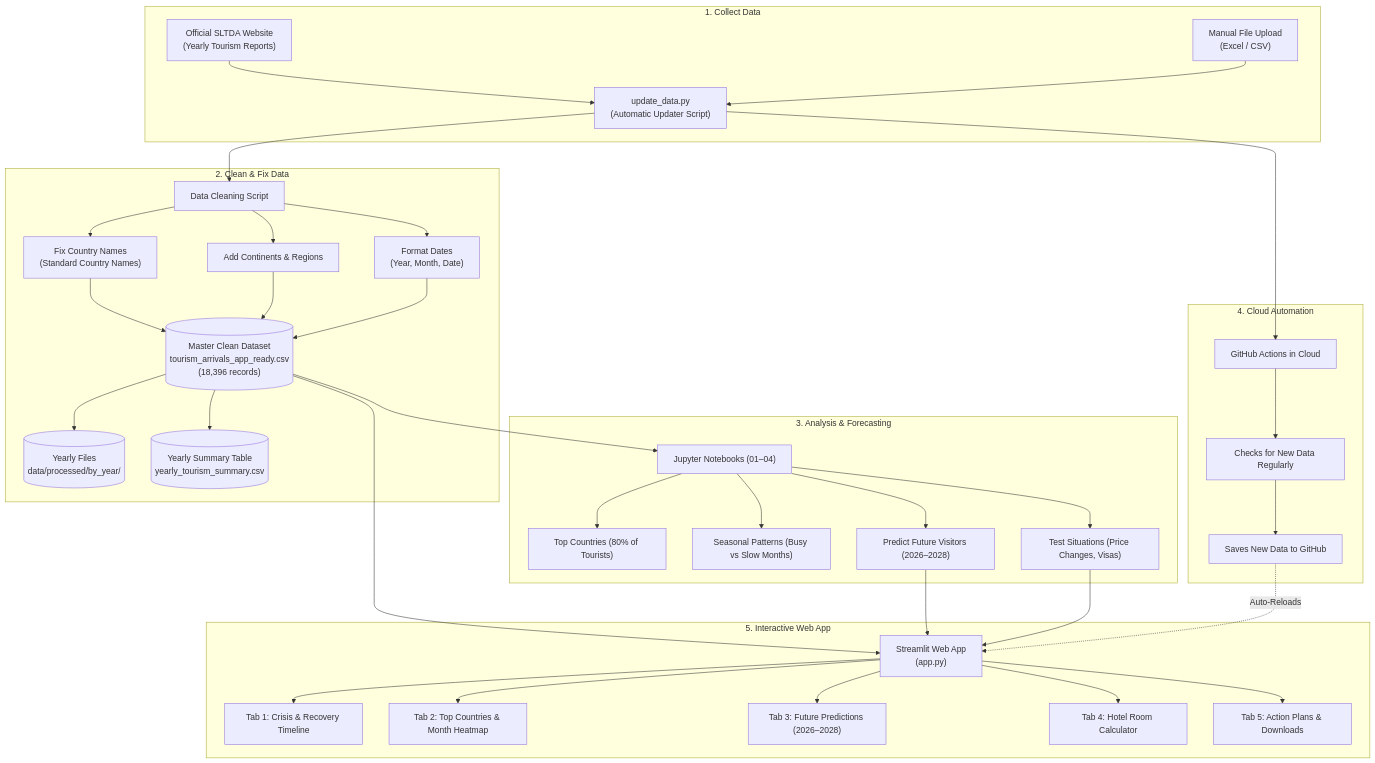
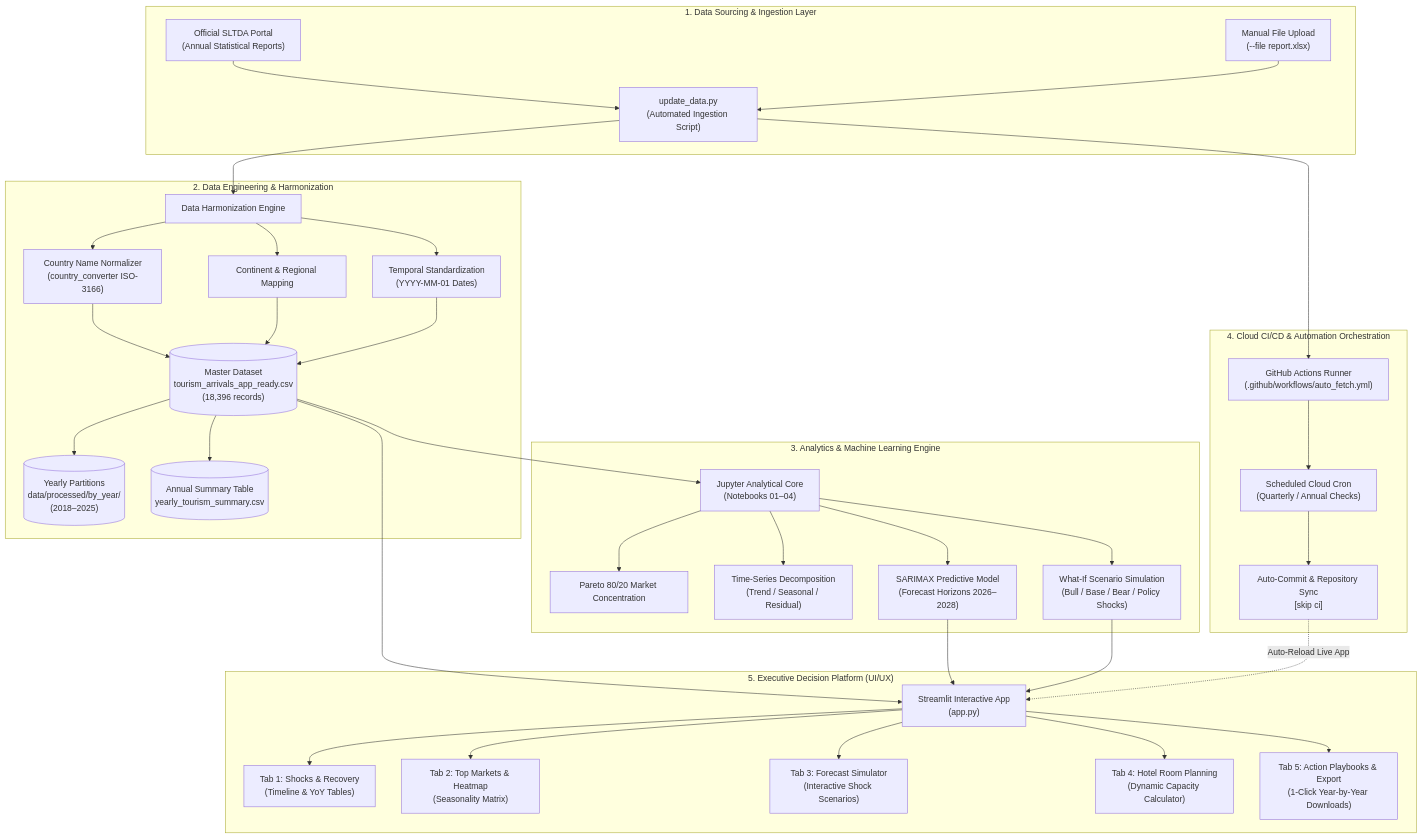
The diagram in README.md (HimashMadushanka/Sri-Lanka-Tourism-Intelligence), drawn with Mermaid before and after one commit. The commit also changed other lines of this file, not shown here.

````diff
--- a/README.md
+++ b/README.md
@@ -30,42 +31,42 @@
 ```mermaid
 flowchart TD
-    subgraph S1["1. Collect Data"]
-        A["Official SLTDA Website<br/>(Yearly Tourism Reports)"] --> B["update_data.py<br/>(Automatic Updater Script)"]
-        A2["Manual File Upload<br/>(Excel / CSV)"] --> B
+    subgraph S1["1. Data Sourcing & Ingestion Layer"]
+        A["Official SLTDA Portal<br/>(Annual Statistical Reports)"] --> B["update_data.py<br/>(Automated Ingestion Script)"]
+        A2["Manual File Upload<br/>(--file report.xlsx)"] --> B
     end
 
-    subgraph S2["2. Clean & Fix Data"]
-        B --> C["Data Cleaning Script"]
-        C --> C1["Fix Country Names<br/>(Standard Country Names)"]
-        C --> C2["Add Continents & Regions"]
-        C --> C3["Format Dates<br/>(Year, Month, Date)"]
-        C1 & C2 & C3 --> D[("Master Clean Dataset<br/>tourism_arrivals_app_ready.csv<br/>(18,396 records)")]
-        D --> D1[("Yearly Files<br/>data/processed/by_year/")]
-        D --> D2[("Yearly Summary Table<br/>yearly_tourism_summary.csv")]
+    subgraph S2["2. Data Engineering & Harmonization"]
+        B --> C["Data Harmonization Engine"]
+        C --> C1["Country Name Normalizer<br/>(country_converter ISO-3166)"]
+        C --> C2["Continent & Regional Mapping"]
+        C --> C3["Temporal Standardization<br/>(YYYY-MM-01 Dates)"]
+        C1 & C2 & C3 --> D[("Master Dataset<br/>tourism_arrivals_app_ready.csv<br/>(18,396 records)")]
+        D --> D1[("Yearly Partitions<br/>data/processed/by_year/<br/>(2018–2025)")]
+        D --> D2[("Annual Summary Table<br/>yearly_tourism_summary.csv")]
     end
 
-    subgraph S3["3. Analysis & Forecasting"]
-        D --> E["Jupyter Notebooks (01–04)"]
-        E --> E1["Top Countries (80% of Tourists)"]
-        E --> E2["Seasonal Patterns (Busy vs Slow Months)"]
-        E --> E3["Predict Future Visitors (2026–2028)"]
-        E --> E4["Test Situations (Price Changes, Visas)"]
+    subgraph S3["3. Analytics & Machine Learning Engine"]
+        D --> E["Jupyter Analytical Core<br/>(Notebooks 01–04)"]
+        E --> E1["Pareto 80/20 Market Concentration"]
+        E --> E2["Time-Series Decomposition<br/>(Trend / Seasonal / Residual)"]
+        E --> E3["SARIMAX Predictive Model<br/>(Forecast Horizons 2026–2028)"]
+        E --> E4["What-If Scenario Simulation<br/>(Bull / Base / Bear / Policy Shocks)"]
     end
 
-    subgraph S4["4. Cloud Automation"]
-        B --> F["GitHub Actions in Cloud"]
-        F --> F1["Checks for New Data Regularly"]
-        F1 --> F2["Saves New Data to GitHub"]
+    subgraph S4["4. Cloud CI/CD & Automation Orchestration"]
+        B --> F["GitHub Actions Runner<br/>(.github/workflows/auto_fetch.yml)"]
+        F --> F1["Scheduled Cloud Cron<br/>(Quarterly / Annual Checks)"]
+        F1 --> F2["Auto-Commit & Repository Sync<br/>[skip ci]"]
     end
 
-    subgraph S5["5. Interactive Web App"]
-        D & E3 & E4 --> G["Streamlit Web App<br/>(app.py)"]
-        G --> H1["Tab 1: Crisis & Recovery Timeline"]
-        G --> H2["Tab 2: Top Countries & Month Heatmap"]
-        G --> H3["Tab 3: Future Predictions (2026–2028)"]
-        G --> H4["Tab 4: Hotel Room Calculator"]
-        G --> H5["Tab 5: Action Plans & Downloads"]
+    subgraph S5["5. Executive Decision Platform (UI/UX)"]
+        D & E3 & E4 --> G["Streamlit Interactive App<br/>(app.py)"]
+        G --> H1["Tab 1: Shocks & Recovery<br/>(Timeline & YoY Tables)"]
+        G --> H2["Tab 2: Top Markets & Heatmap<br/>(Seasonality Matrix)"]
+        G --> H3["Tab 3: Forecast Simulator<br/>(Interactive Shock Scenarios)"]
+        G --> H4["Tab 4: Hotel Room Planning<br/>(Dynamic Capacity Calculator)"]
+        G --> H5["Tab 5: Action Playbooks & Export<br/>(1-Click Year-by-Year Downloads)"]
     end
 
-    F2 -.->|Auto-Reloads| G
+    F2 -.->|Auto-Reload Live App| G
 ```
````
